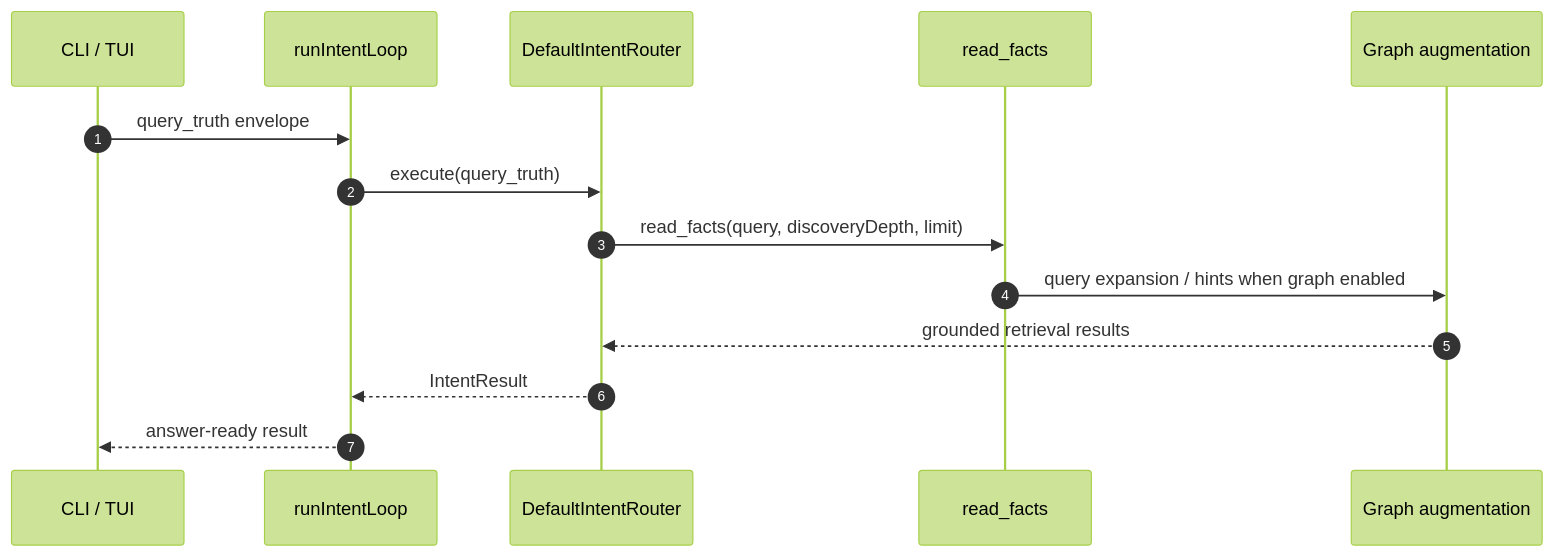
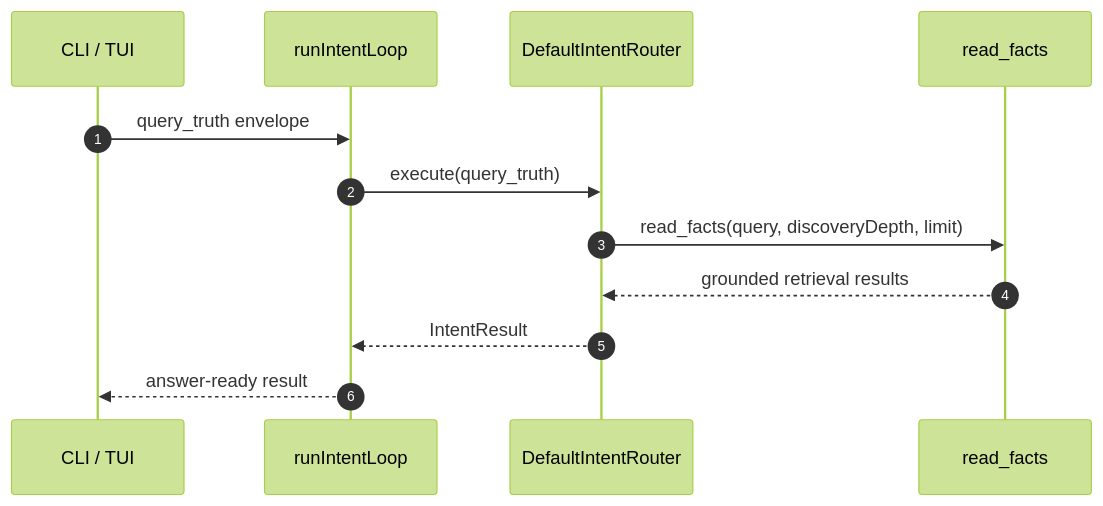
Before and after one commit to rosenjcb/kb: the second of 2 diagrams in src/core/AGENT_LOOP.md, drawn with Mermaid (forest theme). The commit also changed other lines of this file and 9 other files, not shown here.

````diff
--- a/src/core/AGENT_LOOP.md
+++ b/src/core/AGENT_LOOP.md
@@ -68,17 +71,15 @@
 ```mermaid
 sequenceDiagram
   autonumber
   participant U as CLI / TUI
   participant L as runIntentLoop
   participant R as DefaultIntentRouter
   participant D as read_facts
-  participant G as Graph augmentation
 
   U->>L: query_truth envelope
   L->>R: execute(query_truth)
   R->>D: read_facts(query, discoveryDepth, limit)
-  D->>G: query expansion / hints when graph enabled
-  G-->>R: grounded retrieval results
+  D-->>R: grounded retrieval results
   R-->>L: IntentResult
   L-->>U: answer-ready result
 ```
````
